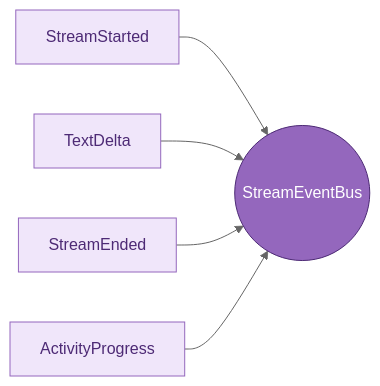
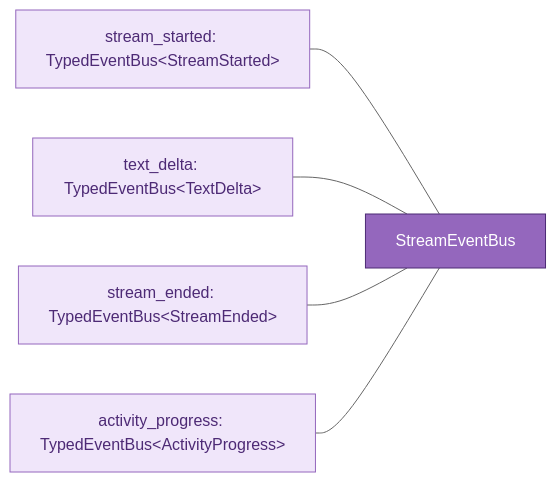
One commit to Unique-AG/ai changed the third of 17 diagrams in unique_toolkit/docs/streaming_architecture_visual.md. Above: the diagram before and after it, drawn with Mermaid (neutral theme). The commit also changed other lines of this file and 19 other files, not shown here.

````diff
--- a/unique_toolkit/docs/streaming_architecture_visual.md
+++ b/unique_toolkit/docs/streaming_architecture_visual.md
@@ -62,11 +64,11 @@
 ```mermaid
 flowchart LR
     classDef bus fill:#9467bd,color:#fff,stroke:#4d2a75
     classDef ev  fill:#f0e6fa,stroke:#9467bd,color:#4d2a75
 
-    BUS((StreamEventBus)):::bus
-    S[StreamStarted]:::ev --> BUS
-    T[TextDelta]:::ev --> BUS
-    E[StreamEnded]:::ev --> BUS
-    A[ActivityProgress]:::ev --> BUS
+    BUS[StreamEventBus]:::bus
+    S[stream_started: TypedEventBus&lt;StreamStarted&gt;]:::ev --- BUS
+    T[text_delta: TypedEventBus&lt;TextDelta&gt;]:::ev --- BUS
+    E[stream_ended: TypedEventBus&lt;StreamEnded&gt;]:::ev --- BUS
+    A[activity_progress: TypedEventBus&lt;ActivityProgress&gt;]:::ev --- BUS
 ```
````
